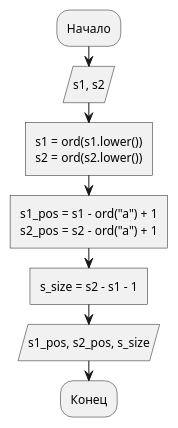
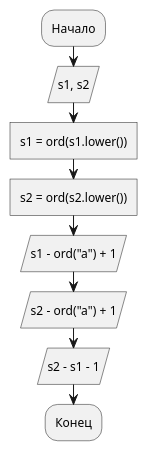
The diagram in python_algo/lesson01/task5.puml (iatsuk/geekbrains), drawn with PlantUML before and after one commit. The commit also changed 11 other files, not shown here.

```diff
--- a/python_algo/lesson01/task5.puml
+++ b/python_algo/lesson01/task5.puml
@@ -1,9 +1,10 @@
 @startuml
 :Начало;
 :s1, s2/
-:s1 = ord(s1.lower())\ns2 = ord(s2.lower())]
-:s1_pos = s1 - ord("a") + 1\ns2_pos = s2 - ord("a") + 1]
-:s_size = s2 - s1 - 1]
-:s1_pos, s2_pos, s_size/
+:s1 = ord(s1.lower())]
+:s2 = ord(s2.lower())]
+:s1 - ord("a") + 1/
+:s2 - ord("a") + 1/
+:s2 - s1 - 1/
 :Конец;
 @enduml
```
